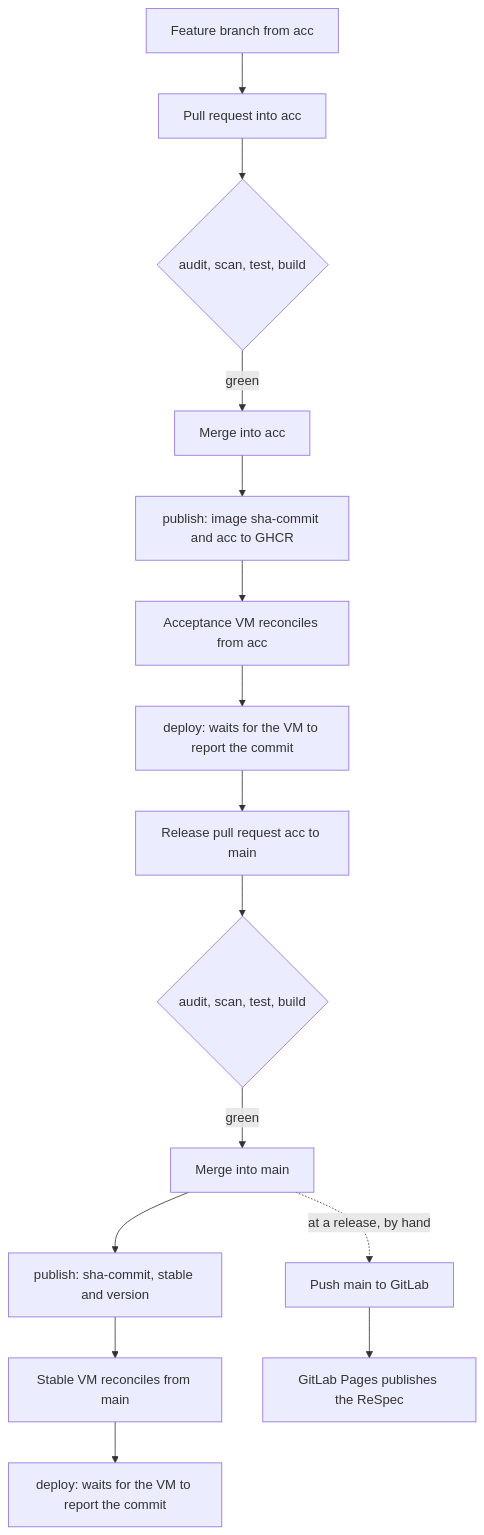
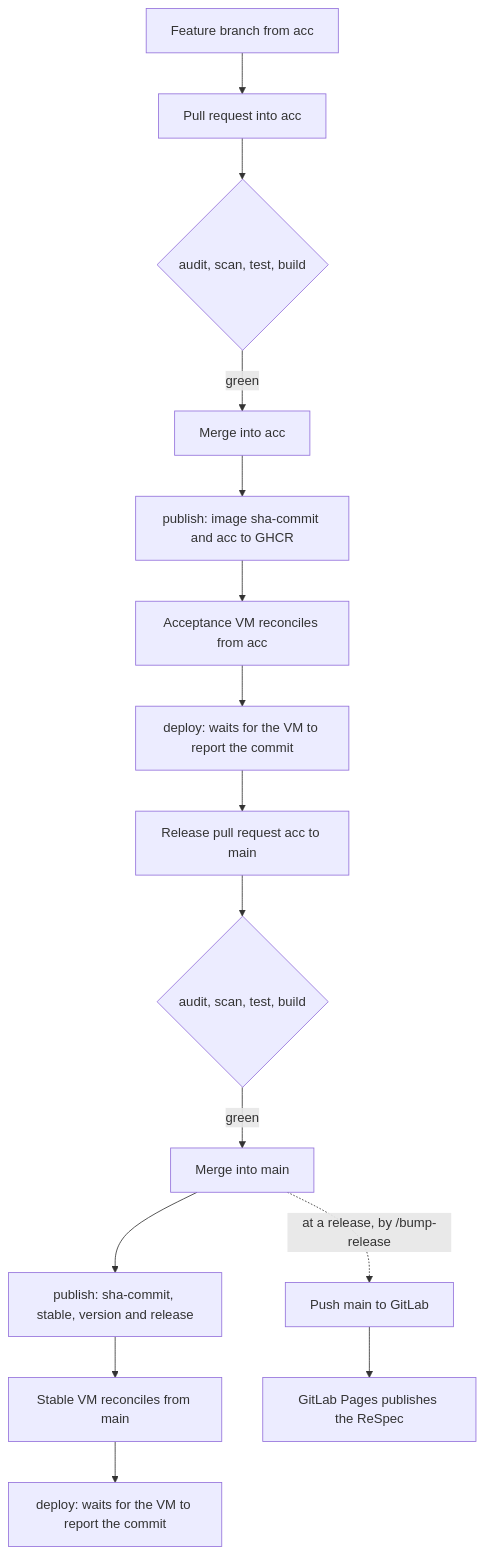
Before and after one commit to open-regels/cprmv: the diagram in README.md, drawn with Mermaid. The commit also changed other lines of this file and 15 other files, not shown here.

First line of the commit message:
feat(release): CalVer release numbers, /health "release", and /bump-release

````diff
--- a/README.md
+++ b/README.md
@@ -138,17 +140,17 @@
 ```mermaid
 flowchart TD
     A["Feature branch from acc"] --> B["Pull request into acc"]
     B --> C{"audit, scan, test, build"}
     C -->|green| D["Merge into acc"]
     D --> E["publish: image sha-commit and acc to GHCR"]
     E --> F["Acceptance VM reconciles from acc"]
     F --> G["deploy: waits for the VM to report the commit"]
     G --> H["Release pull request acc to main"]
     H --> I{"audit, scan, test, build"}
     I -->|green| J["Merge into main"]
-    J --> K["publish: sha-commit, stable and version"]
+    J --> K["publish: sha-commit, stable, version and release"]
     K --> L["Stable VM reconciles from main"]
     L --> M["deploy: waits for the VM to report the commit"]
-    J -.->|at a release, by hand| N["Push main to GitLab"]
+    J -.->|at a release, by /bump-release| N["Push main to GitLab"]
     N --> O["GitLab Pages publishes the ReSpec"]
 ```
````
